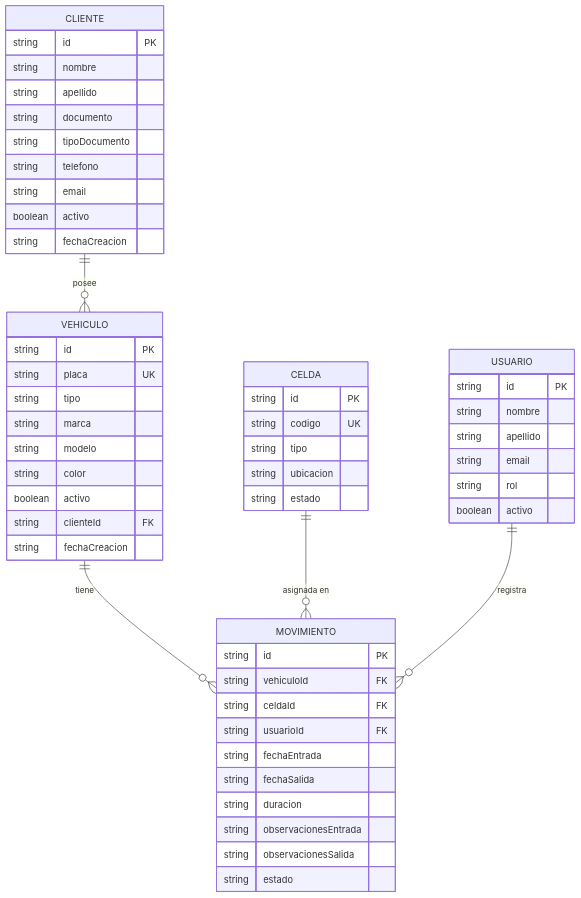
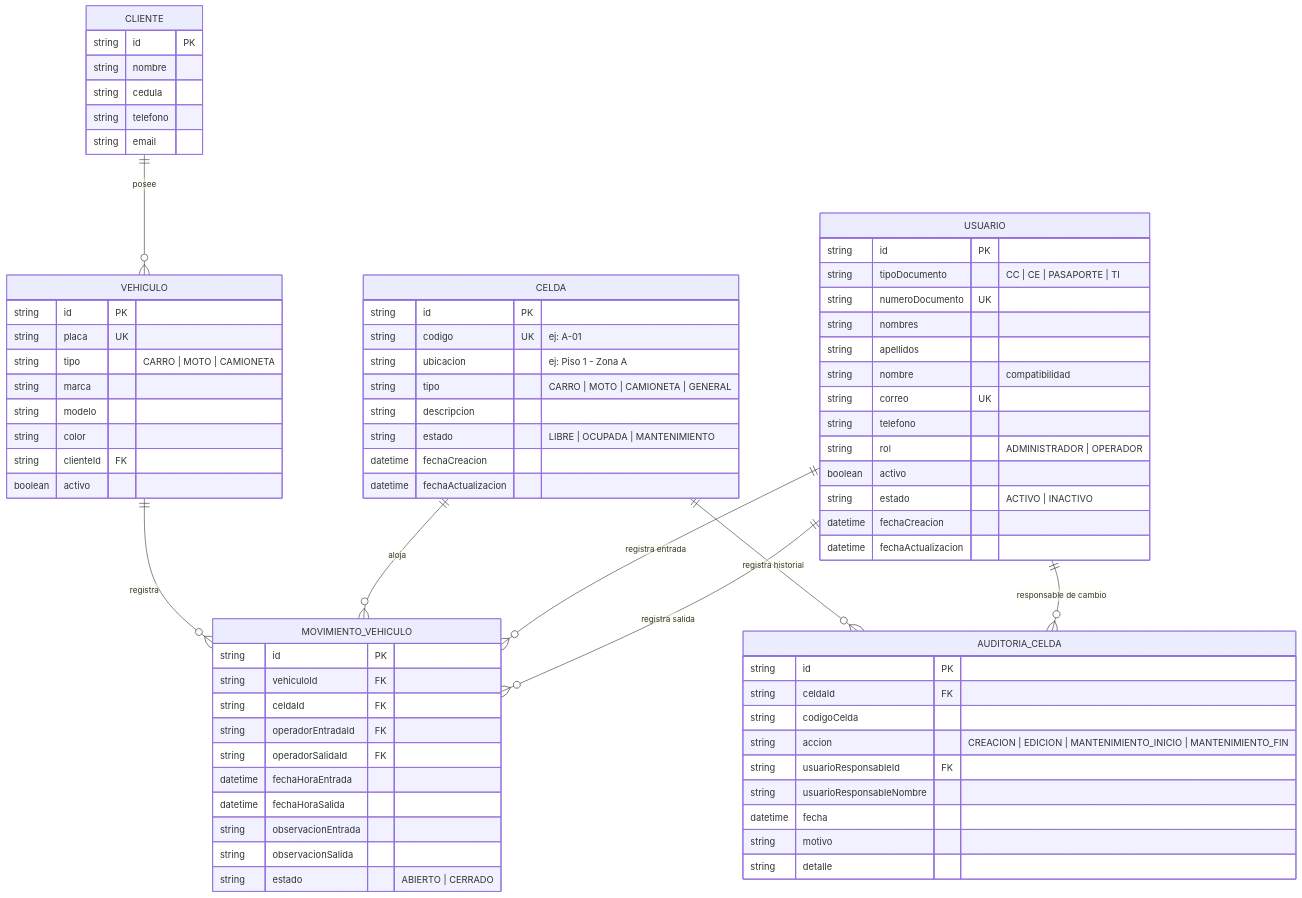
Before and after one commit to Miguelzuleta002/-autos-colombia: the diagram in docs/modelo-datos.md, drawn with Mermaid. The commit also changed other lines of this file and 45 other files, not shown here.

````diff
--- a/docs/modelo-datos.md
+++ b/docs/modelo-datos.md
@@ -11,61 +10,81 @@
 ```mermaid
 erDiagram
     CLIENTE ||--o{ VEHICULO : "posee"
-    VEHICULO ||--o{ MOVIMIENTO : "tiene"
-    CELDA ||--o{ MOVIMIENTO : "asignada en"
-    USUARIO ||--o{ MOVIMIENTO : "registra"
-    
+    VEHICULO ||--o{ MOVIMIENTO_VEHICULO : "registra"
+    CELDA ||--o{ MOVIMIENTO_VEHICULO : "aloja"
+    CELDA ||--o{ AUDITORIA_CELDA : "registra historial"
+    USUARIO ||--o{ MOVIMIENTO_VEHICULO : "registra entrada"
+    USUARIO ||--o{ MOVIMIENTO_VEHICULO : "registra salida"
+    USUARIO ||--o{ AUDITORIA_CELDA : "responsable de cambio"
+
     CLIENTE {
         string id PK
         string nombre
-        string apellido
-        string documento
-        string tipoDocumento
+        string cedula
         string telefono
         string email
-        boolean activo
-        string fechaCreacion
     }
-    
+
     VEHICULO {
         string id PK
         string placa UK
-        string tipo
+        string tipo "CARRO | MOTO | CAMIONETA"
         string marca
         string modelo
         string color
+        string clienteId FK
         boolean activo
-        string clienteId FK
-        string fechaCreacion
     }
-    
+
     CELDA {
         string id PK
-        string codigo UK
-        string tipo
-        string ubicacion
-        string estado
+        string codigo UK "ej: A-01"
+        string ubicacion "ej: Piso 1 - Zona A"
+        string tipo "CARRO | MOTO | CAMIONETA | GENERAL"
+        string descripcion
+        string estado "LIBRE | OCUPADA | MANTENIMIENTO"
+        datetime fechaCreacion
+        datetime fechaActualizacion
     }
-    
-    MOVIMIENTO {
+
+    USUARIO {
+        string id PK
+        string tipoDocumento "CC | CE | PASAPORTE | TI"
+        string numeroDocumento UK
+        string nombres
+        string apellidos
+        string nombre "compatibilidad"
+        string correo UK
+        string telefono
+        string rol "ADMINISTRADOR | OPERADOR"
+        boolean activo
+        string estado "ACTIVO | INACTIVO"
+        datetime fechaCreacion
+        datetime fechaActualizacion
+    }
+
+    MOVIMIENTO_VEHICULO {
         string id PK
         string vehiculoId FK
         string celdaId FK
-        string usuarioId FK
-        string fechaEntrada
-        string fechaSalida
-        string duracion
-        string observacionesEntrada
-        string observacionesSalida
-        string estado
+        string operadorEntradaId FK
+        string operadorSalidaId FK
+        datetime fechaHoraEntrada
+        datetime fechaHoraSalida
+        string observacionEntrada
+        string observacionSalida
+        string estado "ABIERTO | CERRADO"
     }
-    
-    USUARIO {
+
+    AUDITORIA_CELDA {
         string id PK
-        string nombre
-        string apellido
-        string email
-        string rol
-        boolean activo
+        string celdaId FK
+        string codigoCelda
+        string accion "CREACION | EDICION | MANTENIMIENTO_INICIO | MANTENIMIENTO_FIN"
+        string usuarioResponsableId FK
+        string usuarioResponsableNombre
+        datetime fecha
+        string motivo
+        string detalle
     }
 ```
````
